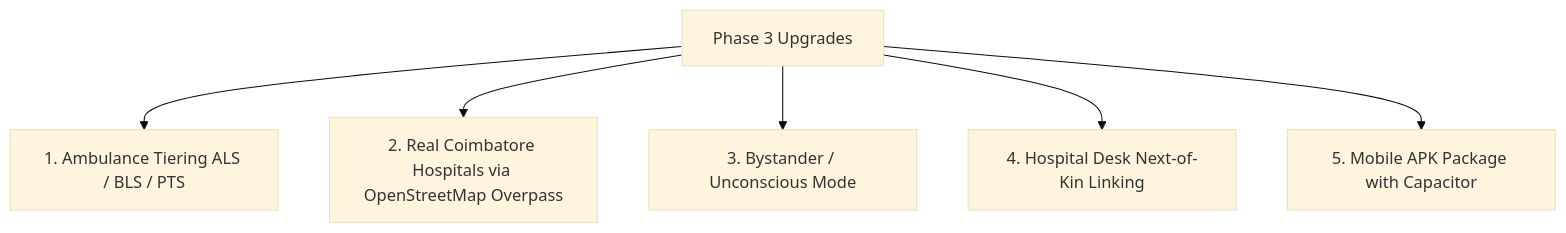
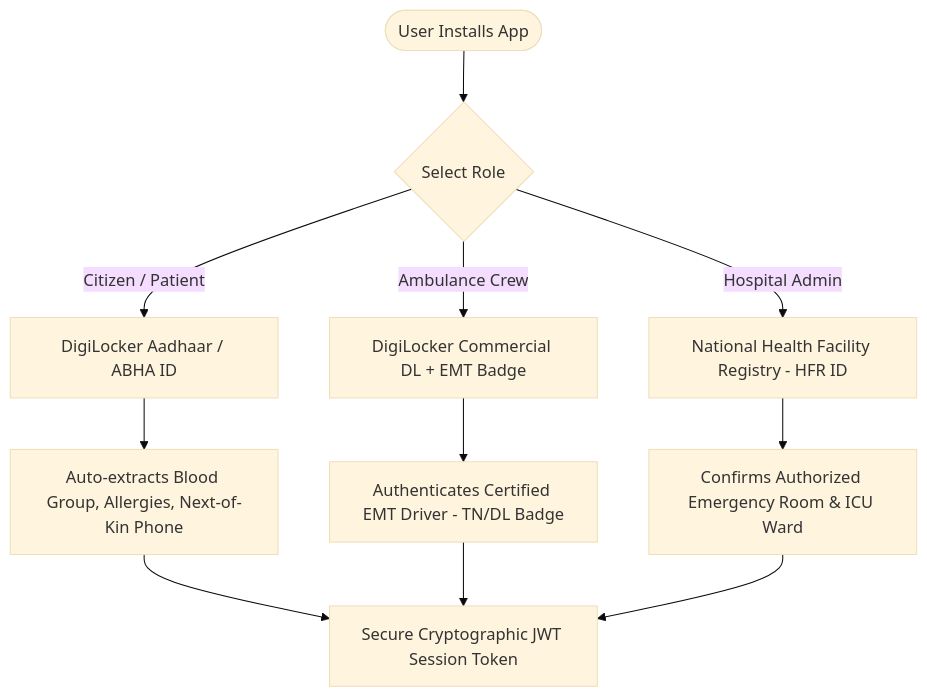
The diagram in MASTER_PLAN.md (kavinvkarthik28-cloud/Rapid-Aid), drawn with Mermaid (base theme) before and after one commit. The commit also changed other lines of this file, not shown here.

Commit message:
docs: add DigiLocker and ABHA National Identity Trust Architecture to Master Plan

````diff
--- a/MASTER_PLAN.md
+++ b/MASTER_PLAN.md
@@ -31,8 +33,15 @@
 ```mermaid
 graph TD
-    A[Phase 3 Upgrades] --> B[1. Ambulance Tiering ALS / BLS / PTS]
-    A --> C[2. Real Coimbatore Hospitals via OpenStreetMap Overpass]
-    A --> D[3. Bystander / Unconscious Mode]
-    A --> E[4. Hospital Desk Next-of-Kin Linking]
-    A --> F[5. Mobile APK Package with Capacitor]
+    User([User Installs App]) --> Role{Select Role}
+    Role -->|Citizen / Patient| Digi1[DigiLocker Aadhaar / ABHA ID]
+    Role -->|Ambulance Crew| Digi2[DigiLocker Commercial DL + EMT Badge]
+    Role -->|Hospital Admin| Digi3[National Health Facility Registry - HFR ID]
+    
+    Digi1 --> Verified1[Auto-extracts Blood Group, Allergies, Next-of-Kin Phone]
+    Digi2 --> Verified2[Authenticates Certified EMT Driver - TN/DL Badge]
+    Digi3 --> Verified3[Confirms Authorized Emergency Room & ICU Ward]
+    
+    Verified1 --> JWT[Secure Cryptographic JWT Session Token]
+    Verified2 --> JWT
+    Verified3 --> JWT
 ```
````
